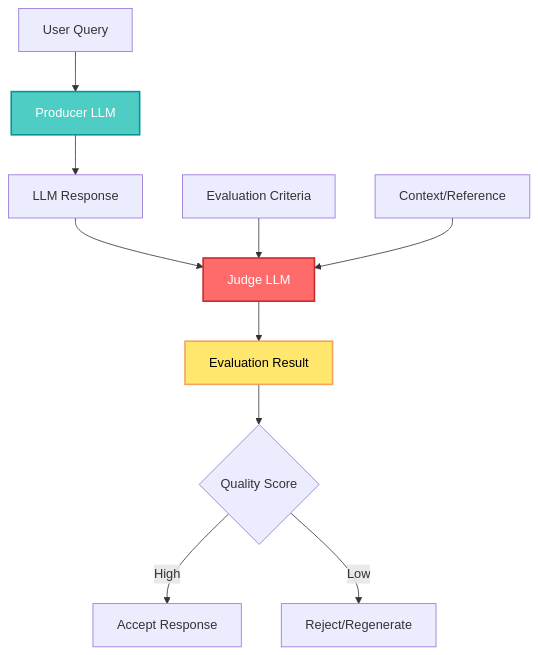
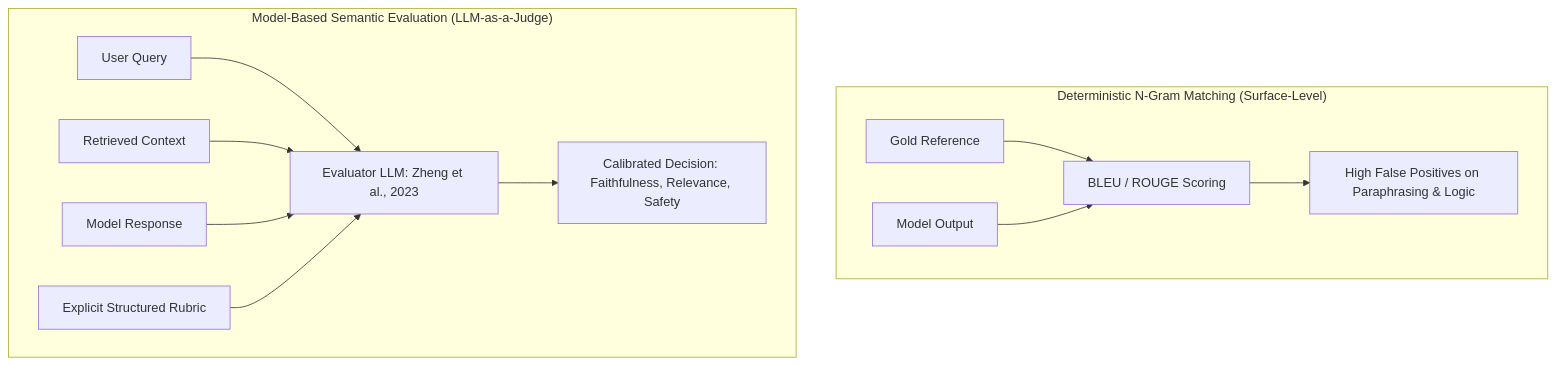
The first of 4 diagrams in _posts/2025/11/2025-11-10-spring-ai-llm-as-judge.md (akillness/akillness.github.io), drawn with Mermaid before and after one commit. The commit also changed other lines of this file and 1 other file, not shown here.

Commit message:
archive(dev): rebuild spring-ai-llm-as-judge from 2025-11 note

````diff
--- a/_posts/2025/11/2025-11-10-spring-ai-llm-as-judge.md
+++ b/_posts/2025/11/2025-11-10-spring-ai-llm-as-judge.md
@@ -49,18 +22,16 @@
 ```mermaid
-graph TB
-    A[User Query] --> B[Producer LLM]
-    B --> C[LLM Response]
-    C --> D[Judge LLM]
-    D --> E[Evaluation Result]
+flowchart TD
+    subgraph ClassicalMetrics["Deterministic N-Gram Matching (Surface-Level)"]
+        G[Gold Reference] --> BLEU[BLEU / ROUGE Scoring]
+        R[Model Output] --> BLEU
+        BLEU --> F[High False Positives on Paraphrasing & Logic]
+    end
 
-    F[Evaluation Criteria] --> D
-    G[Context/Reference] --> D
-
-    E --> H{Quality Score}
-    H -->|High| I[Accept Response]
-    H -->|Low| J[Reject/Regenerate]
-
-    style B fill:#4ecdc4,stroke:#0a9396,stroke-width:2px,color:#fff
-    style D fill:#ff6b6b,stroke:#c92a2a,stroke-width:2px,color:#fff
-    style E fill:#ffe66d,stroke:#f4a261,stroke-width:2px,color:#000
+    subgraph LLMAsJudge["Model-Based Semantic Evaluation (LLM-as-a-Judge)"]
+        Q[User Query] --> Judge[Evaluator LLM: Zheng et al., 2023]
+        Context[Retrieved Context] --> Judge
+        Response[Model Response] --> Judge
+        Rubric[Explicit Structured Rubric] --> Judge
+        Judge --> Decision[Calibrated Decision: Faithfulness, Relevance, Safety]
+    end
 ```
````
